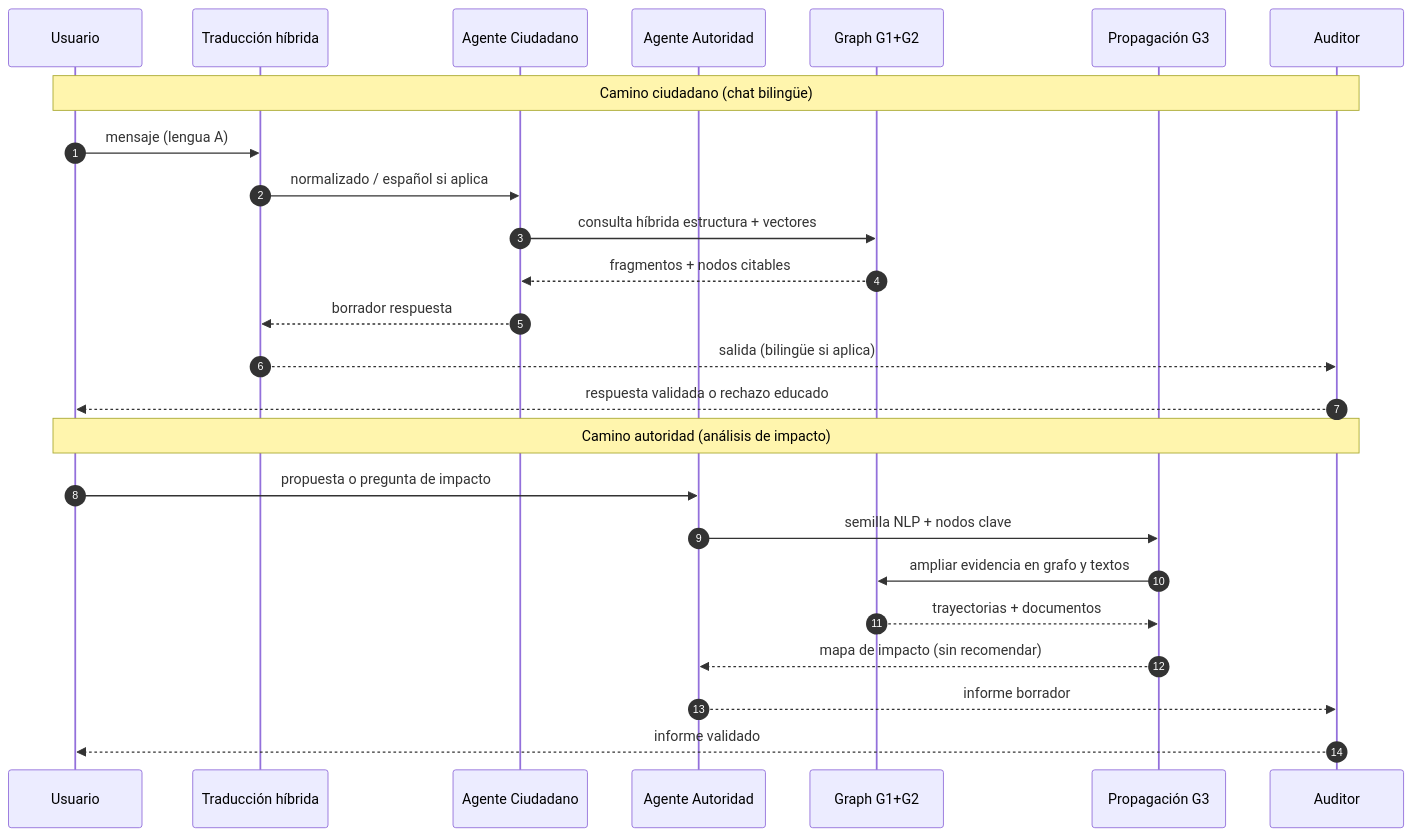
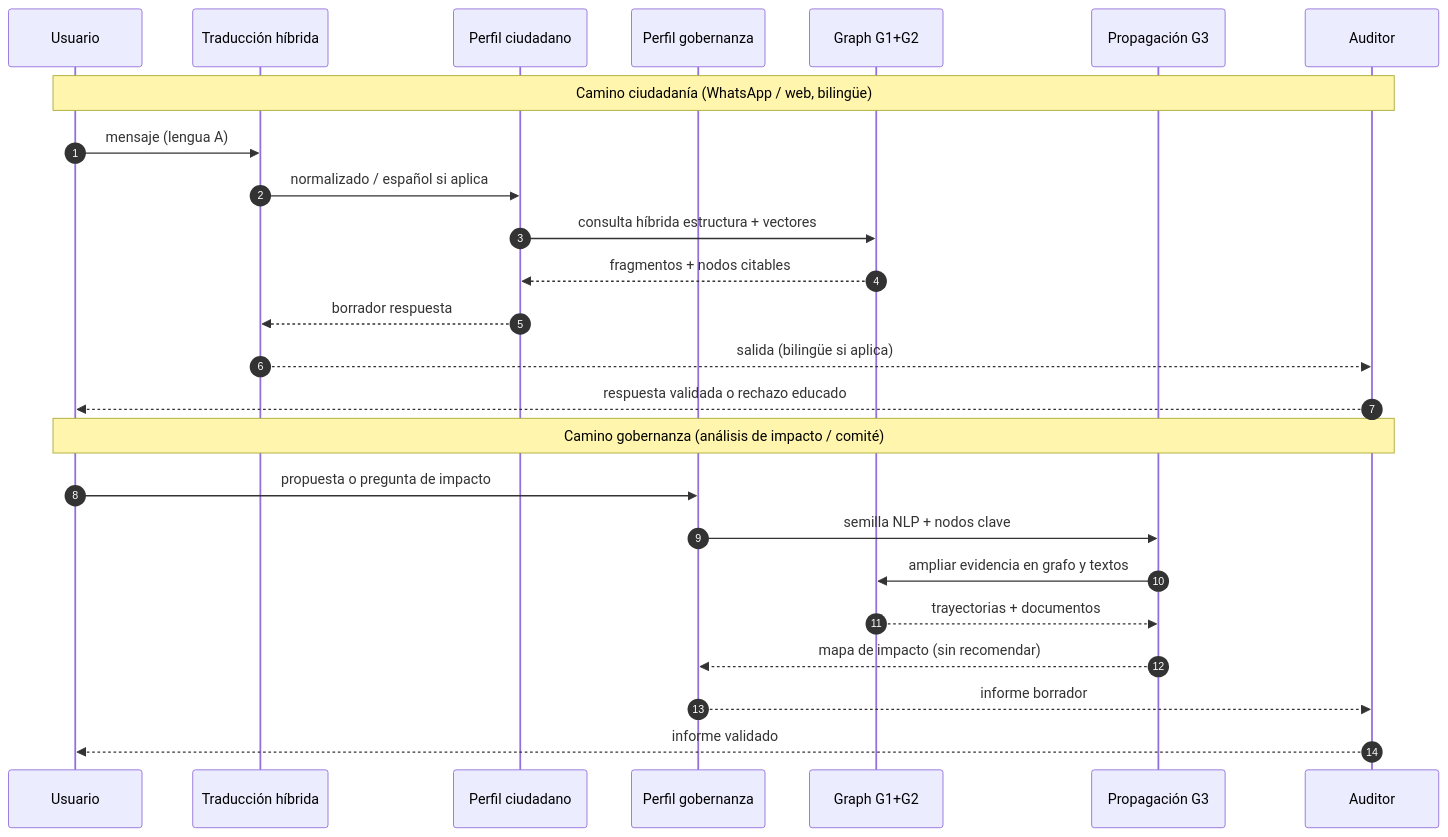
One commit to ariutokintumi/IAldea-org changed the eighth of 10 diagrams in docs/planning/plan_producto_unificado.md. Above: the diagram before and after it, drawn with Mermaid. The commit also changed other lines of this file and 18 other files, not shown here.

First line of the commit message:
add role matrix docs, WhatsApp policy, and agent pipeline

````diff
--- a/docs/planning/plan_producto_unificado.md
+++ b/docs/planning/plan_producto_unificado.md
@@ -372,29 +403,29 @@
 ```mermaid
 sequenceDiagram
     autonumber
     participant U as Usuario
     participant T as Traducción híbrida
-    participant AC as Agente Ciudadano
-    participant AA as Agente Autoridad
+    participant AC as Perfil ciudadano
+    participant AA as Perfil gobernanza
     participant R as Graph G1+G2
     participant P as Propagación G3
     participant AUD as Auditor
 
-    Note over U,AUD: Camino ciudadano (chat bilingüe)
+    Note over U,AUD: Camino ciudadanía (WhatsApp / web, bilingüe)
     U->>T: mensaje (lengua A)
     T->>AC: normalizado / español si aplica
     AC->>R: consulta híbrida estructura + vectores
     R-->>AC: fragmentos + nodos citables
     AC-->>T: borrador respuesta
     T-->>AUD: salida (bilingüe si aplica)
     AUD-->>U: respuesta validada o rechazo educado
 
-    Note over U,AUD: Camino autoridad (análisis de impacto)
+    Note over U,AUD: Camino gobernanza (análisis de impacto / comité)
     U->>AA: propuesta o pregunta de impacto
     AA->>P: semilla NLP + nodos clave
     P->>R: ampliar evidencia en grafo y textos
     R-->>P: trayectorias + documentos
     P-->>AA: mapa de impacto (sin recomendar)
     AA-->>AUD: informe borrador
     AUD-->>U: informe validado
 ```
````
